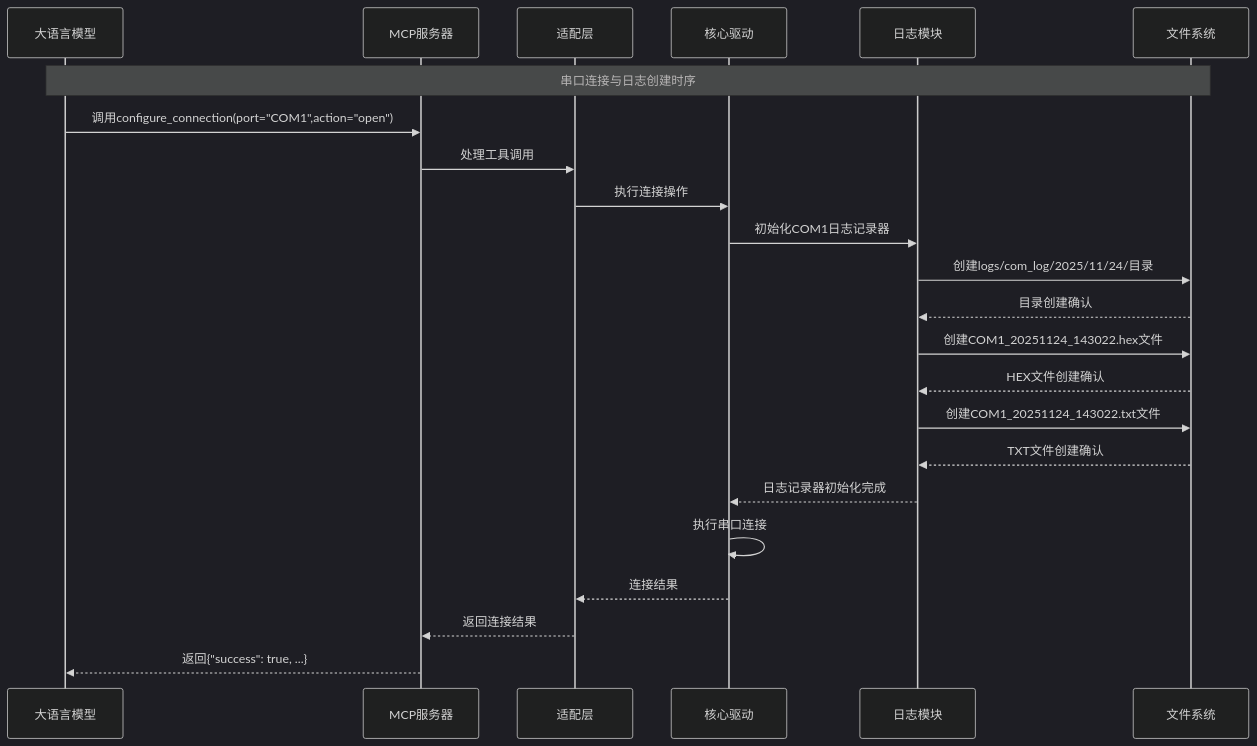
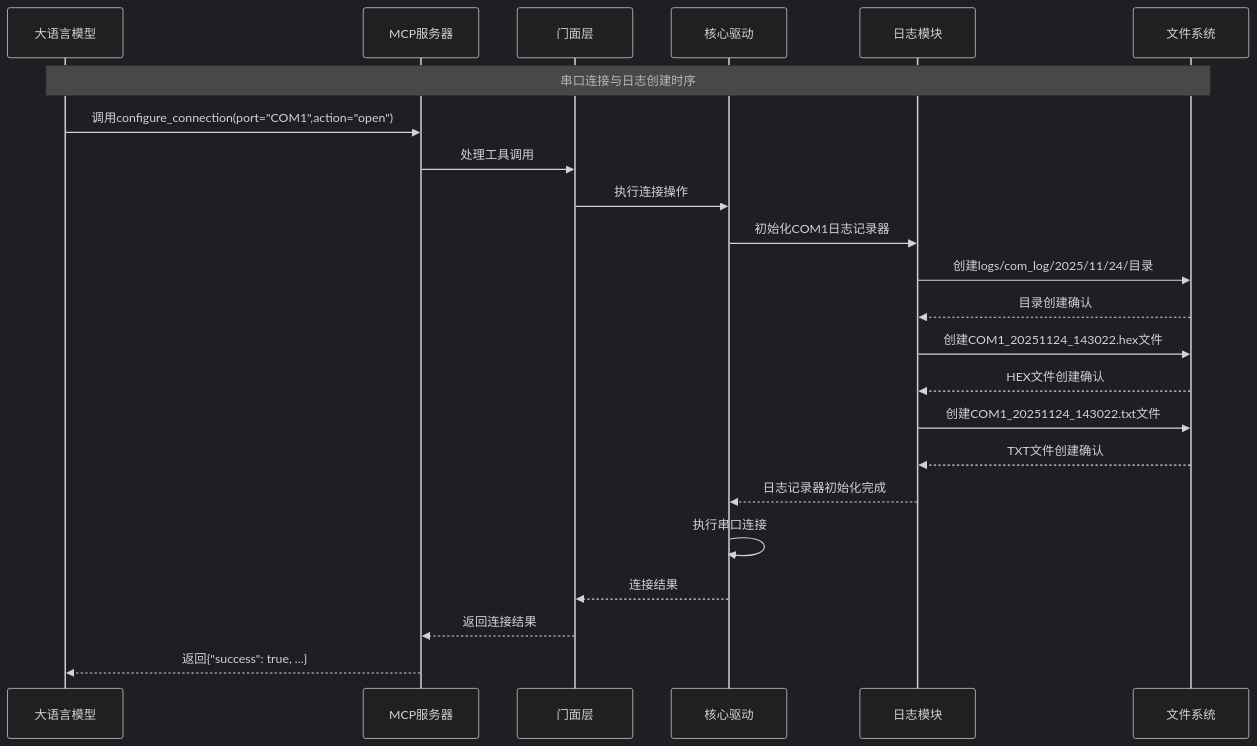
The fourth of 5 diagrams in doc/14-日志存储功能扩展实现细节文档.md (niusulong/serial2mcp1), drawn with Mermaid (dark theme) before and after one commit. The commit also changed other lines of this file and 14 other files, not shown here.

````diff
--- a/doc/14-日志存储功能扩展实现细节文档.md
+++ b/doc/14-日志存储功能扩展实现细节文档.md
@@ -187,27 +187,27 @@
 ```mermaid
 sequenceDiagram
     participant LLM as 大语言模型
     participant MCP as MCP服务器
-    participant Adapter as 适配层
+    participant Facade as 门面层
     participant Driver as 核心驱动
     participant Logger as 日志模块
     participant FS as 文件系统
     
     Note over LLM, FS: 串口连接与日志创建时序
     
     LLM->>MCP: 调用configure_connection(port="COM1",action="open")
-    MCP->>Adapter: 处理工具调用
-    Adapter->>Driver: 执行连接操作
+    MCP->>Facade: 处理工具调用
+    Facade->>Driver: 执行连接操作
     Driver->>Logger: 初始化COM1日志记录器
     Logger->>FS: 创建logs/com_log/2025/11/24/目录
     FS-->>Logger: 目录创建确认
     Logger->>FS: 创建COM1_20251124_143022.hex文件
     FS-->>Logger: HEX文件创建确认
     Logger->>FS: 创建COM1_20251124_143022.txt文件
     FS-->>Logger: TXT文件创建确认
     Logger-->>Driver: 日志记录器初始化完成
     Driver->>Driver: 执行串口连接
-    Driver-->>Adapter: 连接结果
-    Adapter-->>MCP: 返回连接结果
+    Driver-->>Facade: 连接结果
+    Facade-->>MCP: 返回连接结果
     MCP-->>LLM: 返回{"success": true, ...}
 ```
````
